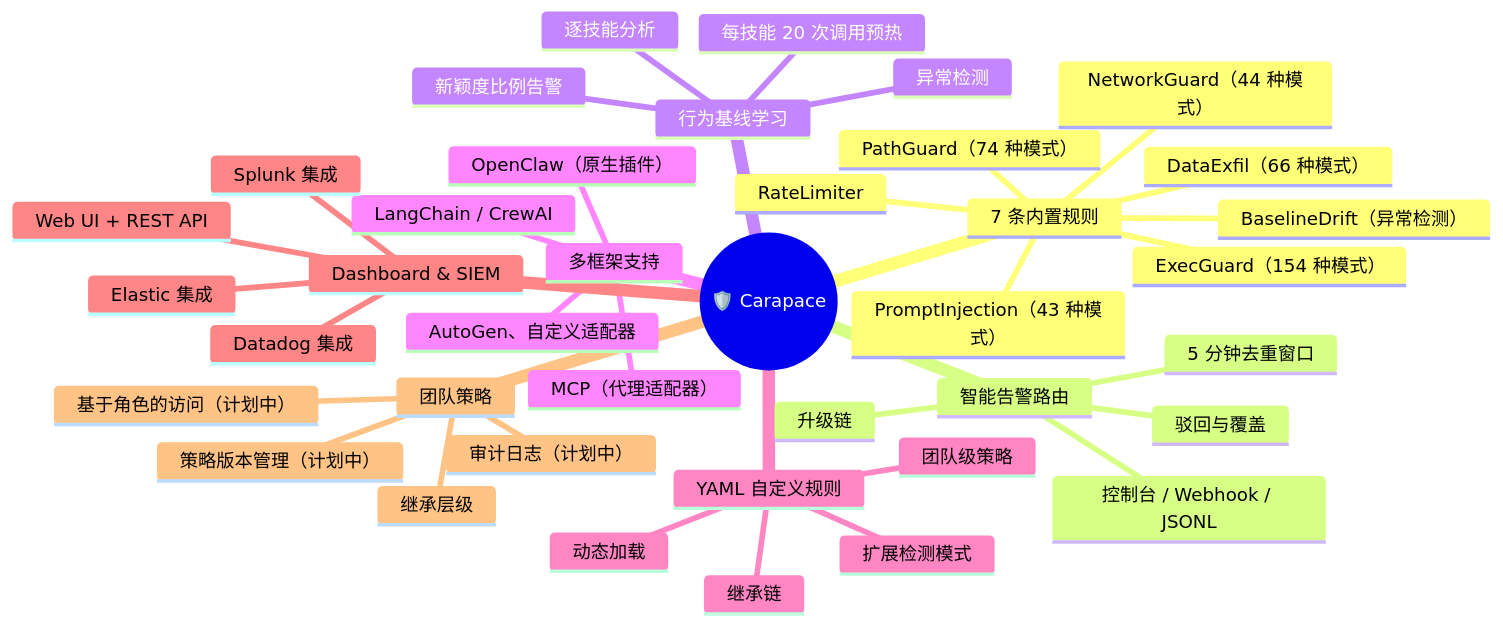
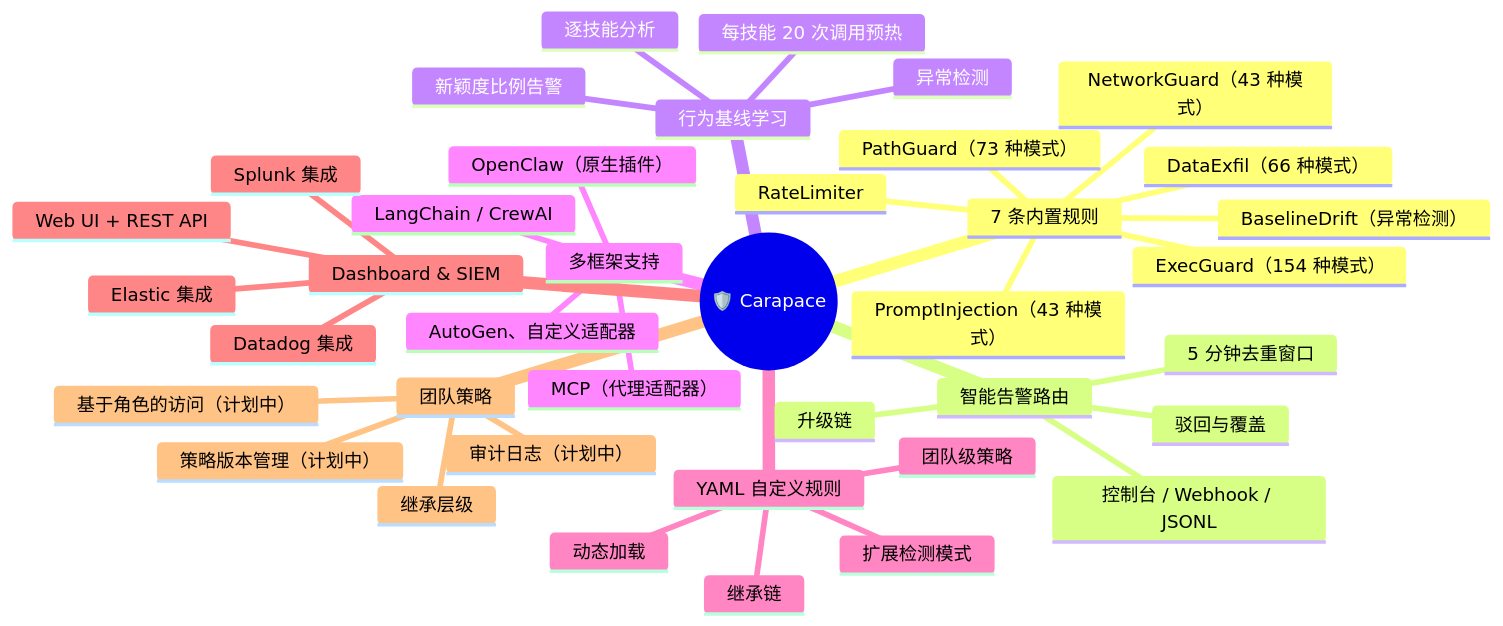
One commit to yeasy/carapace changed the first of 4 diagrams in README.zh-CN.md. Above: the diagram before and after it, drawn with Mermaid. The commit also changed other lines of this file and 2 other files, not shown here.

Commit message:
Fix PathGuard and NetworkGuard pattern counts

````diff
--- a/README.zh-CN.md
+++ b/README.zh-CN.md
@@ -70,42 +70,42 @@
 ```mermaid
 mindmap
   root((🛡️ Carapace))
     7 条内置规则
       ExecGuard（154 种模式）
-      PathGuard（74 种模式）
-      NetworkGuard（44 种模式）
+      PathGuard（73 种模式）
+      NetworkGuard（43 种模式）
       RateLimiter
       PromptInjection（43 种模式）
       DataExfil（66 种模式）
       BaselineDrift（异常检测）
     智能告警路由
       5 分钟去重窗口
       升级链
       驳回与覆盖
       控制台 / Webhook / JSONL
     行为基线学习
       每技能 20 次调用预热
       逐技能分析
       异常检测
       新颖度比例告警
     多框架支持
       OpenClaw（原生插件）
       MCP（代理适配器）
       LangChain / CrewAI
       AutoGen、自定义适配器
     YAML 自定义规则
       扩展检测模式
       团队级策略
       继承链
       动态加载
     Dashboard & SIEM
       Web UI + REST API
       Splunk 集成
       Elastic 集成
       Datadog 集成
     团队策略
       继承层级
       基于角色的访问（计划中）
       策略版本管理（计划中）
       审计日志（计划中）
 ```
````
